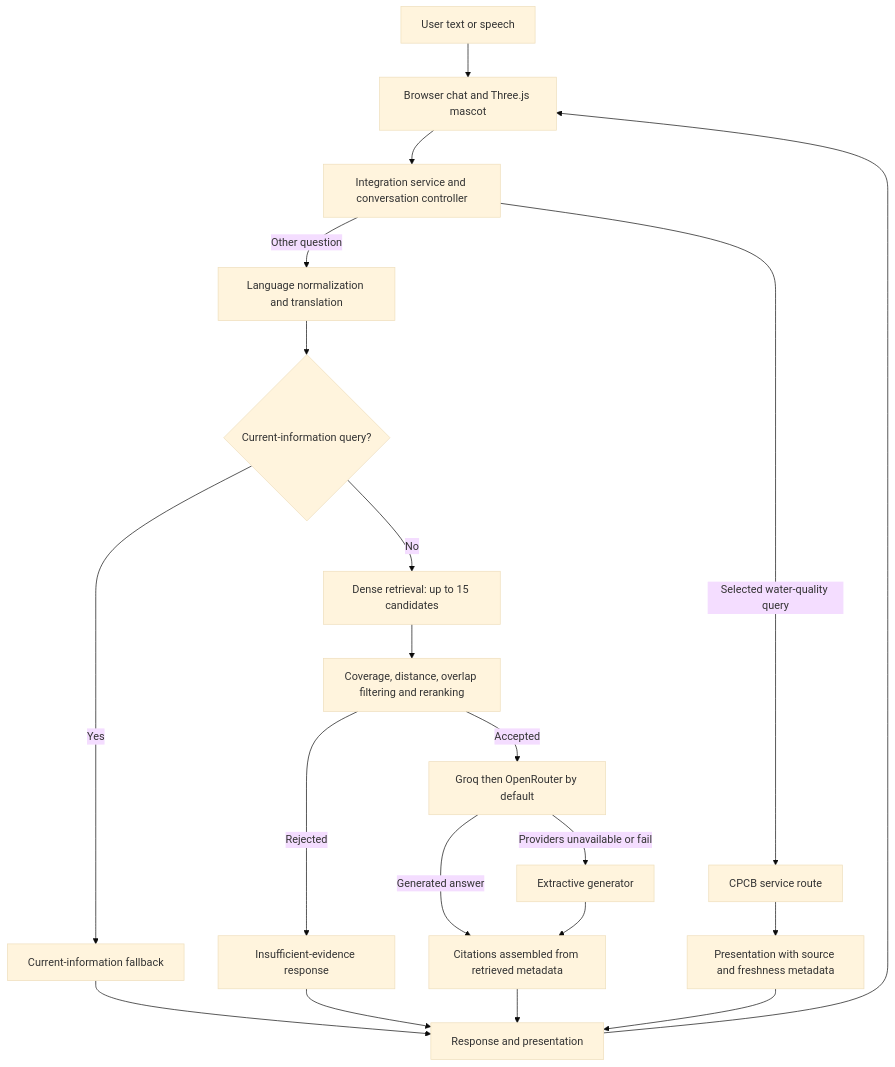
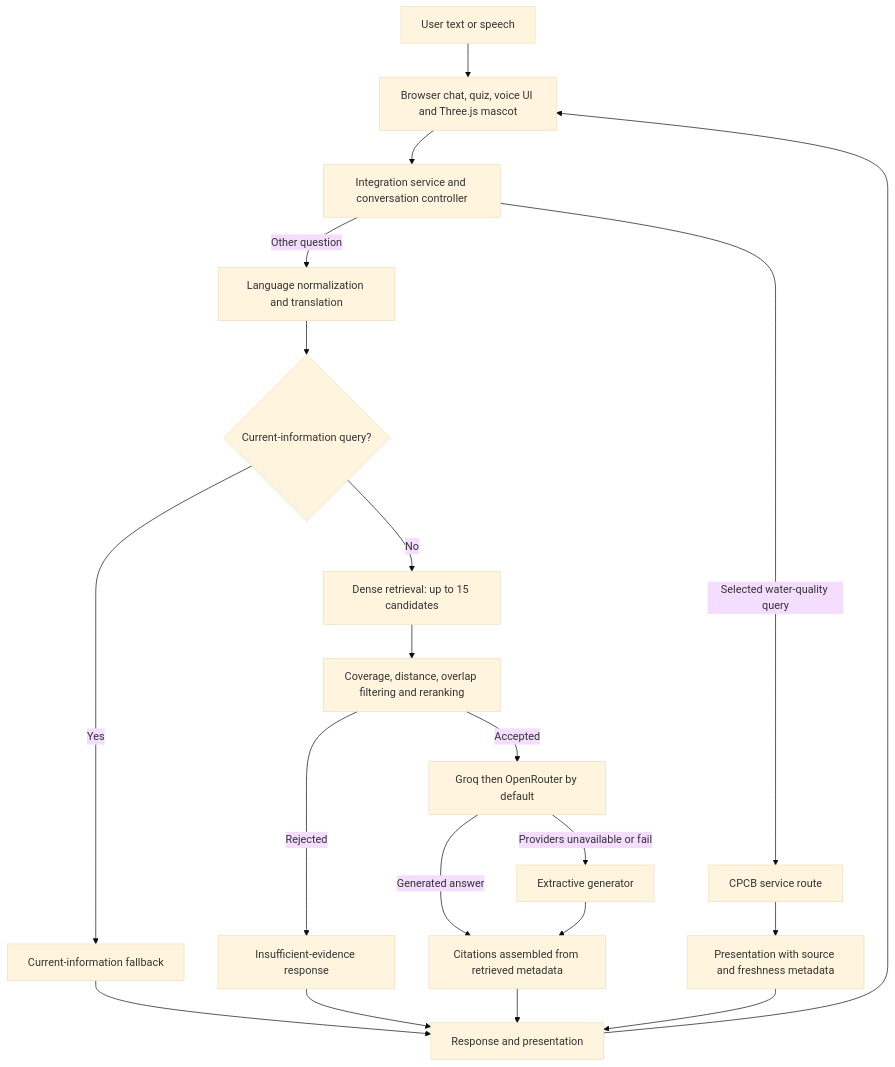
Before and after one commit to CATOU101/Ganga-AI-Mascot: the diagram in research/papers/venue_neutral_master_manuscript.md, drawn with Mermaid (base theme). The commit also changed other lines of this file and 15 other files, not shown here.

````diff
--- a/research/papers/venue_neutral_master_manuscript.md
+++ b/research/papers/venue_neutral_master_manuscript.md
@@ -45,22 +49,22 @@
 ```mermaid
 flowchart TD
-    U[User text or speech] --> WEB[Browser chat and Three.js mascot]
+    U[User text or speech] --> WEB[Browser chat, quiz, voice UI and Three.js mascot]
     WEB --> INT[Integration service and conversation controller]
     INT -->|Selected water-quality query| CPCB[CPCB service route]
     CPCB --> PRES[Presentation with source and freshness metadata]
     INT -->|Other question| LANG[Language normalization and translation]
     LANG --> CUR{Current-information query?}
     CUR -->|Yes| INFO[Current-information fallback]
     CUR -->|No| RET[Dense retrieval: up to 15 candidates]
     RET --> GATE[Coverage, distance, overlap filtering and reranking]
     GATE -->|Rejected| INSUFF[Insufficient-evidence response]
     GATE -->|Accepted| CHAIN[Groq then OpenRouter by default]
     CHAIN -->|Providers unavailable or fail| EXT[Extractive generator]
     CHAIN -->|Generated answer| CITE[Citations assembled from retrieved metadata]
     EXT --> CITE
     INFO --> OUT[Response and presentation]
     INSUFF --> OUT
     CITE --> OUT
     PRES --> OUT
     OUT --> WEB
 ```
````
